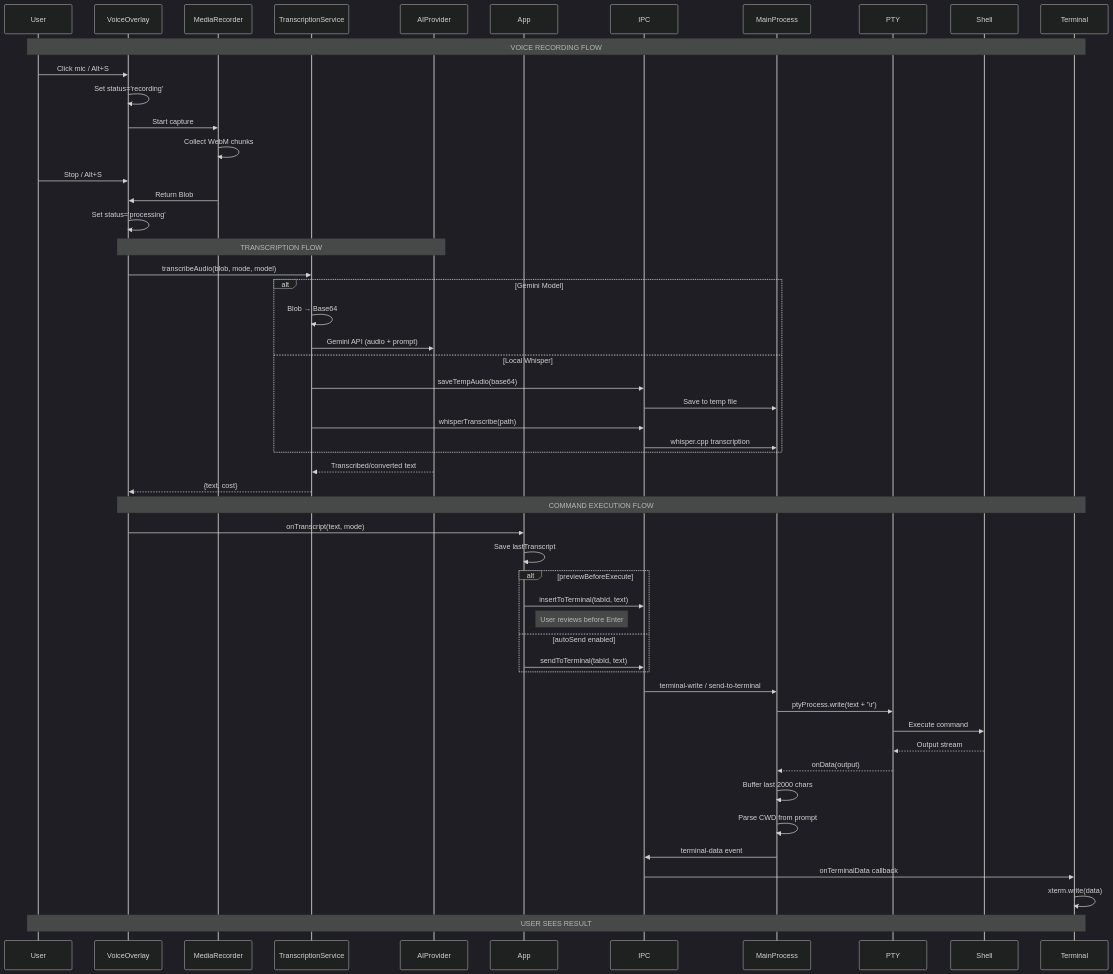
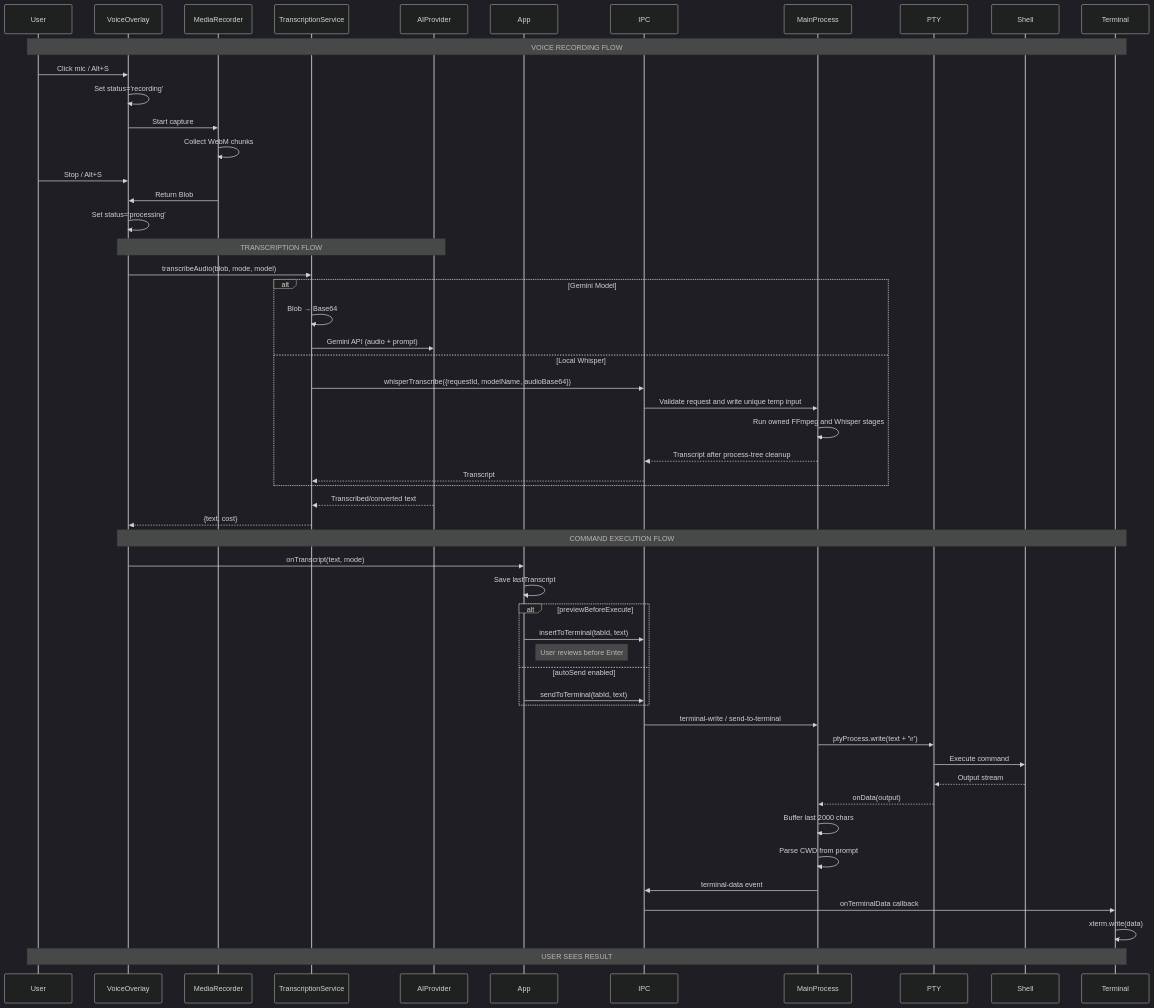
Before and after one commit to jamditis/audiobash: the second of 7 diagrams in dev-docs/ARCHITECTURE.md, drawn with Mermaid (dark theme). The commit also changed other lines of this file and 47 other files, not shown here.

Commit message:
fix: reap local transcription process trees before jobs finish

````diff
--- a/dev-docs/ARCHITECTURE.md
+++ b/dev-docs/ARCHITECTURE.md
@@ -256,67 +256,68 @@
 ```mermaid
 sequenceDiagram
     participant User
     participant VoiceOverlay
     participant MediaRecorder
     participant TranscriptionService
     participant AIProvider
     participant App
     participant IPC
     participant MainProcess
     participant PTY
     participant Shell
     participant Terminal
 
     Note over User,Terminal: VOICE RECORDING FLOW
 
     User->>VoiceOverlay: Click mic / Alt+S
     VoiceOverlay->>VoiceOverlay: Set status='recording'
     VoiceOverlay->>MediaRecorder: Start capture
     MediaRecorder->>MediaRecorder: Collect WebM chunks
 
     User->>VoiceOverlay: Stop / Alt+S
     MediaRecorder->>VoiceOverlay: Return Blob
     VoiceOverlay->>VoiceOverlay: Set status='processing'
 
     Note over VoiceOverlay,AIProvider: TRANSCRIPTION FLOW
 
     VoiceOverlay->>TranscriptionService: transcribeAudio(blob, mode, model)
 
     alt Gemini Model
         TranscriptionService->>TranscriptionService: Blob → Base64
         TranscriptionService->>AIProvider: Gemini API (audio + prompt)
     else Local Whisper
-        TranscriptionService->>IPC: saveTempAudio(base64)
-        IPC->>MainProcess: Save to temp file
-        TranscriptionService->>IPC: whisperTranscribe(path)
-        IPC->>MainProcess: whisper.cpp transcription
+        TranscriptionService->>IPC: whisperTranscribe({requestId, modelName, audioBase64})
+        IPC->>MainProcess: Validate request and write unique temp input
+        MainProcess->>MainProcess: Run owned FFmpeg and Whisper stages
+        MainProcess-->>IPC: Transcript after process-tree cleanup
+        IPC-->>TranscriptionService: Transcript
     end
 
     AIProvider-->>TranscriptionService: Transcribed/converted text
     TranscriptionService-->>VoiceOverlay: {text, cost}
 
     Note over VoiceOverlay,Terminal: COMMAND EXECUTION FLOW
 
     VoiceOverlay->>App: onTranscript(text, mode)
     App->>App: Save lastTranscript
 
     alt previewBeforeExecute
         App->>IPC: insertToTerminal(tabId, text)
         Note right of App: User reviews before Enter
     else autoSend enabled
         App->>IPC: sendToTerminal(tabId, text)
     end
 
     IPC->>MainProcess: terminal-write / send-to-terminal
     MainProcess->>PTY: ptyProcess.write(text + '\r')
     PTY->>Shell: Execute command
     Shell-->>PTY: Output stream
     PTY-->>MainProcess: onData(output)
     MainProcess->>MainProcess: Buffer last 2000 chars
     MainProcess->>MainProcess: Parse CWD from prompt
     MainProcess->>IPC: terminal-data event
     IPC->>Terminal: onTerminalData callback
     Terminal->>Terminal: xterm.write(data)
 
     Note over User,Terminal: USER SEES RESULT
 ```
````
